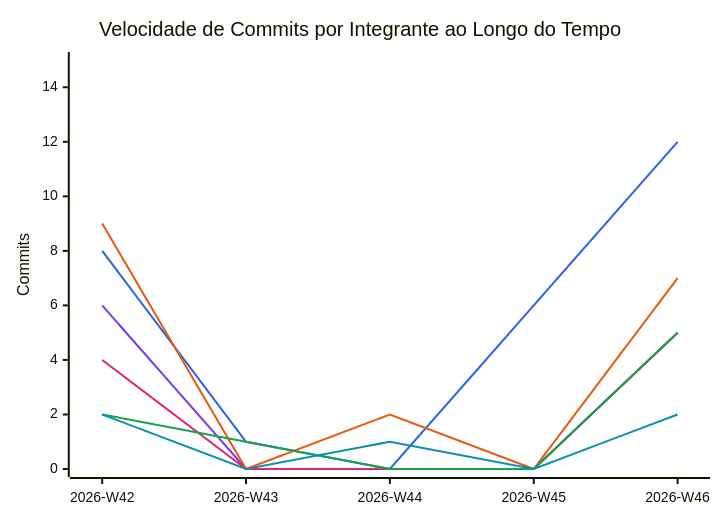
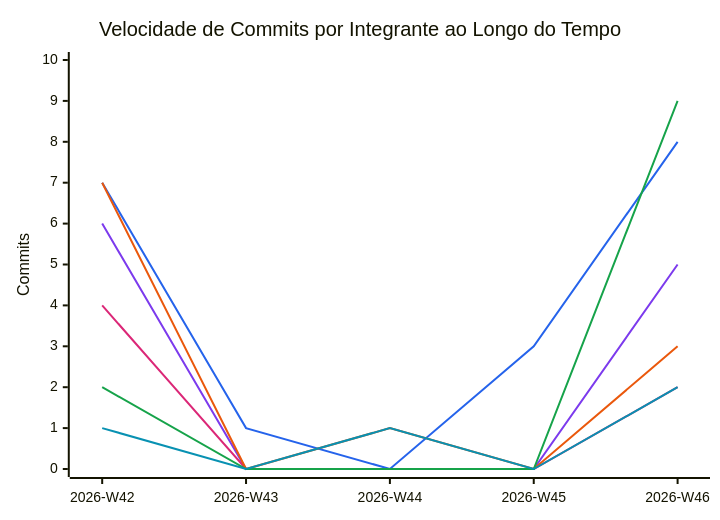
Before and after one commit to FCTE-Qualidade-de-Software-1/2026-2_T02_KAY_MCNULTY: the diagram in snippets/commit-velocity.mmd, drawn with Mermaid. The commit also changed 10 other files, not shown here.

```diff
--- a/snippets/commit-velocity.mmd
+++ b/snippets/commit-velocity.mmd
@@ -1,11 +1,11 @@
 %%{init: {"themeVariables": {"xyChart": {"plotColorPalette": "#2563eb, #7c3aed, #db2777, #ea580c, #16a34a, #0891b2"}}}}%%
 xychart-beta
     title "Velocidade de Commits por Integrante ao Longo do Tempo"
     x-axis ["2026-W42", "2026-W43", "2026-W44", "2026-W45", "2026-W46"]
-    y-axis "Commits" 0 --> 15
-    line [8, 1, 0, 6, 12]
+    y-axis "Commits" 0 --> 10
+    line [7, 1, 0, 3, 8]
     line [6, 0, 0, 0, 5]
-    line [4, 0, 0, 0, 5]
-    line [9, 0, 2, 0, 7]
-    line [2, 1, 0, 0, 5]
-    line [2, 0, 1, 0, 2]
+    line [4, 0, 0, 0, 2]
+    line [7, 0, 1, 0, 3]
+    line [2, 0, 0, 0, 9]
+    line [1, 0, 1, 0, 2]
```
